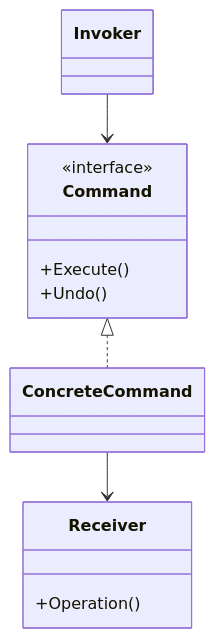
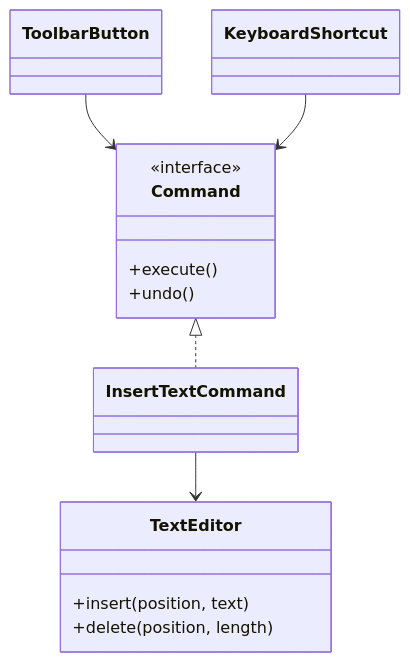
Before and after one commit to Kert0n/KPO: the eighth of 9 diagrams in lectures/Lec5/vitepress.md, drawn with Mermaid. The commit also changed other lines of this file and 9 other files, not shown here.

````diff
--- a/lectures/Lec5/vitepress.md
+++ b/lectures/Lec5/vitepress.md
@@ -472,16 +1256,21 @@
 ```mermaid
 classDiagram
-    class Command {
-        <<interface>>
-        +Execute()
-        +Undo()
-    }
-    class ConcreteCommand
-    class Receiver {
-        +Operation()
-    }
-    class Invoker
-    Command <|.. ConcreteCommand
-    ConcreteCommand --> Receiver
-    Invoker --> Command
+  class Command {
+    <<interface>>
+    +execute()
+    +undo()
+  }
+
+  class InsertTextCommand
+  class TextEditor {
+    +insert(position, text)
+    +delete(position, length)
+  }
+  class ToolbarButton
+  class KeyboardShortcut
+
+  Command <|.. InsertTextCommand
+  InsertTextCommand --> TextEditor
+  ToolbarButton --> Command
+  KeyboardShortcut --> Command
 ```
````
